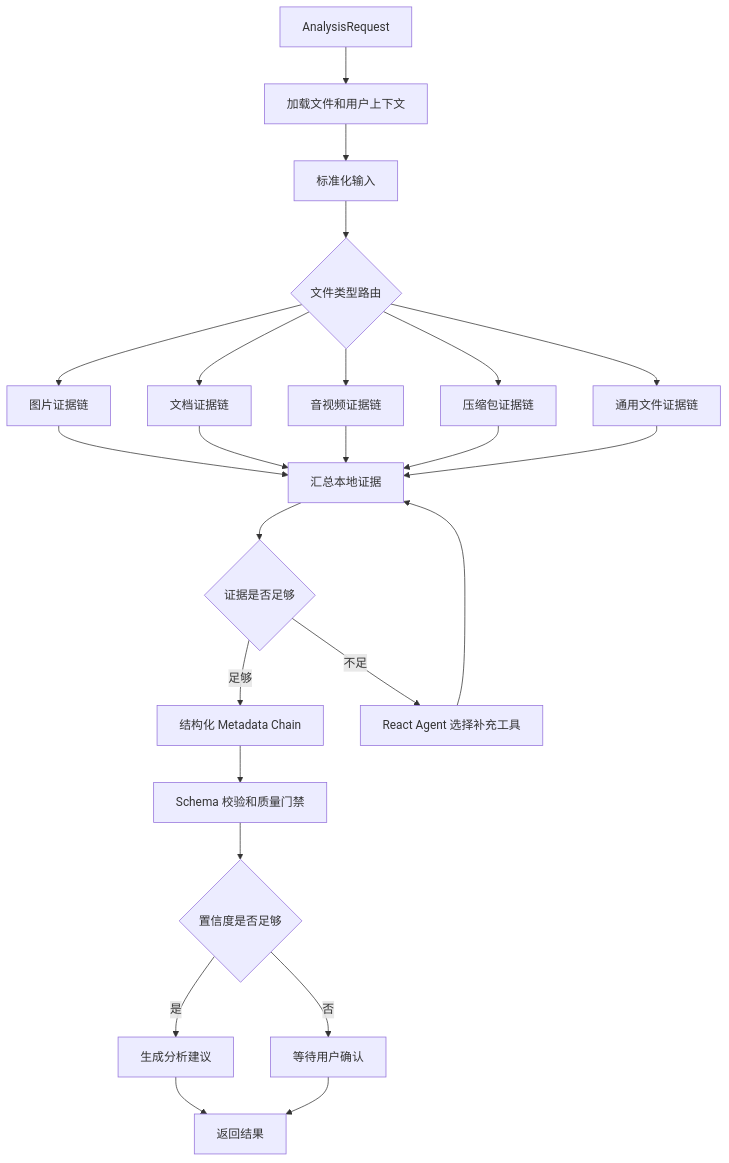
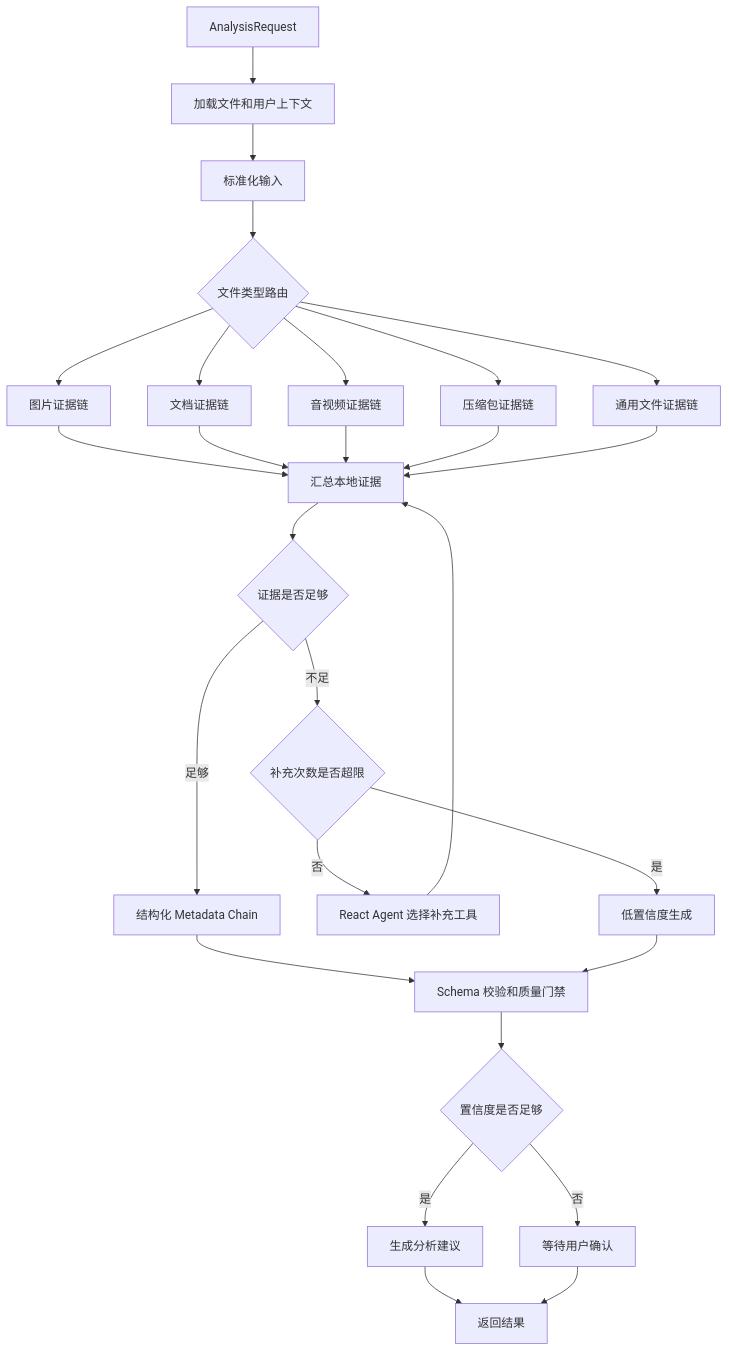
Before and after one commit to eleven924/localSpace: the sixth of 7 diagrams in docs/localspace-ai-architecture-analysis-and-plan.md, drawn with Mermaid. The commit also changed other lines of this file and 6 other files, not shown here.

````diff
--- a/docs/localspace-ai-architecture-analysis-and-plan.md
+++ b/docs/localspace-ai-architecture-analysis-and-plan.md
@@ -368,30 +380,33 @@
 ```mermaid
 flowchart TD
     START[AnalysisRequest] --> LOAD[加载文件和用户上下文]
     LOAD --> NORM[标准化输入]
     NORM --> ROUTER{文件类型路由}
 
     ROUTER --> IMG[图片证据链]
     ROUTER --> DOC[文档证据链]
     ROUTER --> MEDIA[音视频证据链]
     ROUTER --> ARCHIVE[压缩包证据链]
     ROUTER --> GENERIC[通用文件证据链]
 
     IMG --> MERGE[汇总本地证据]
     DOC --> MERGE
     MEDIA --> MERGE
     ARCHIVE --> MERGE
     GENERIC --> MERGE
 
     MERGE --> QUALITY{证据是否足够}
     QUALITY -- 足够 --> GENERATE[结构化 Metadata Chain]
-    QUALITY -- 不足 --> AGENT[React Agent 选择补充工具]
+    QUALITY -- 不足 --> ENRICH_LIMIT{补充次数是否超限}
+    ENRICH_LIMIT -- 否 --> AGENT[React Agent 选择补充工具]
     AGENT --> MERGE
+    ENRICH_LIMIT -- 是 --> GENERATE_LOW[低置信度生成]
 
     GENERATE --> VALIDATE[Schema 校验和质量门禁]
+    GENERATE_LOW --> VALIDATE
     VALIDATE --> REVIEW{置信度是否足够}
     REVIEW -- 是 --> SUGGEST[生成分析建议]
     REVIEW -- 否 --> HUMAN[等待用户确认]
     SUGGEST --> END[返回结果]
     HUMAN --> END
 ```
````
